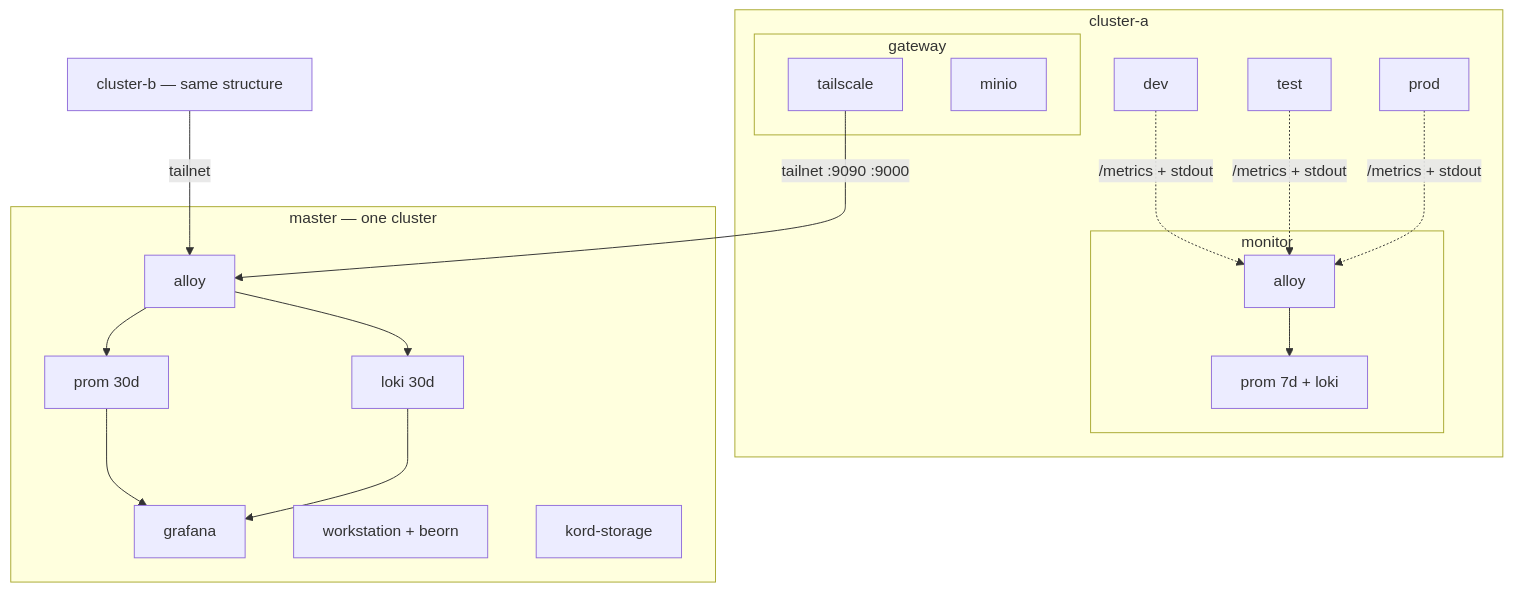
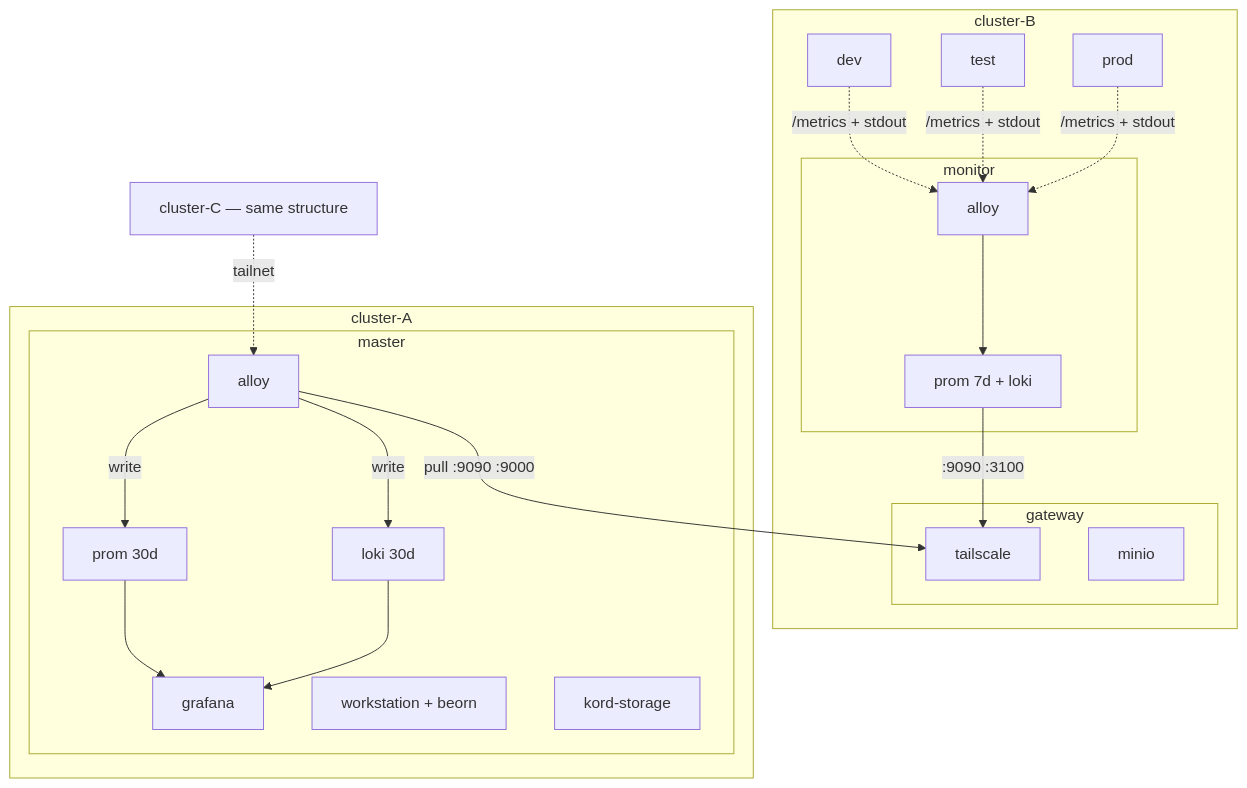
One commit to Kord96/kordinate changed the first of 2 diagrams in docs/infra/infrastructure.md. Above: the diagram before and after it, drawn with Mermaid. The commit also changed other lines of this file, not shown here.

Commit message:
Fix infrastructure diagrams — correct arrow direction, rename clusters
Namespace diagram: cluster-A hosts master, cluster-B/C are workers.
Master inside cluster-A box. Monitor alloy → gateway arrow added.
Master alloy pulls FROM gateway (not gateway pushes TO alloy).

Data flow diagram: same arrow fix — master alloy pulls from gateway.
Master inside cluster-A box.

````diff
--- a/docs/infra/infrastructure.md
+++ b/docs/infra/infrastructure.md
@@ -16,28 +16,32 @@
 ```mermaid
 flowchart TB
-    subgraph CA[cluster-a]
-        A1[dev] & A2[test] & A3[prod]
+    subgraph CB[cluster-B]
+        B1[dev] & B2[test] & B3[prod]
 
-        subgraph mon-a[monitor]
+        subgraph mon-b[monitor]
             GA[alloy] --> PA[prom 7d + loki]
         end
 
-        subgraph gw-a[gateway]
+        subgraph gw-b[gateway]
             GWT[tailscale]
             MIO[minio]
         end
 
-        A1 & A2 & A3 -.->|/metrics + stdout| GA
+        B1 & B2 & B3 -.->|/metrics + stdout| GA
+        PA -->|:9090 :3100| GWT
     end
 
-    subgraph M[master — one cluster]
-        MA[alloy] --> MP[prom 30d] & ML[loki 30d]
-        MP & ML --> G[grafana]
-        WS[workstation + beorn]
-        KS[kord-storage]
+    subgraph CA[cluster-A]
+        subgraph M[master]
+            MP[prom 30d] & ML[loki 30d] --> G[grafana]
+            MA[alloy]
+            MA -->|write| MP & ML
+            WS[workstation + beorn]
+            KS[kord-storage]
+        end
     end
 
-    GWT -->|tailnet :9090 :9000| MA
+    MA -->|pull :9090 :9000| GWT
 
-    CB[cluster-b — same structure] -->|tailnet| MA
+    CC[cluster-C — same structure] -.->|tailnet| MA
 ```
````
